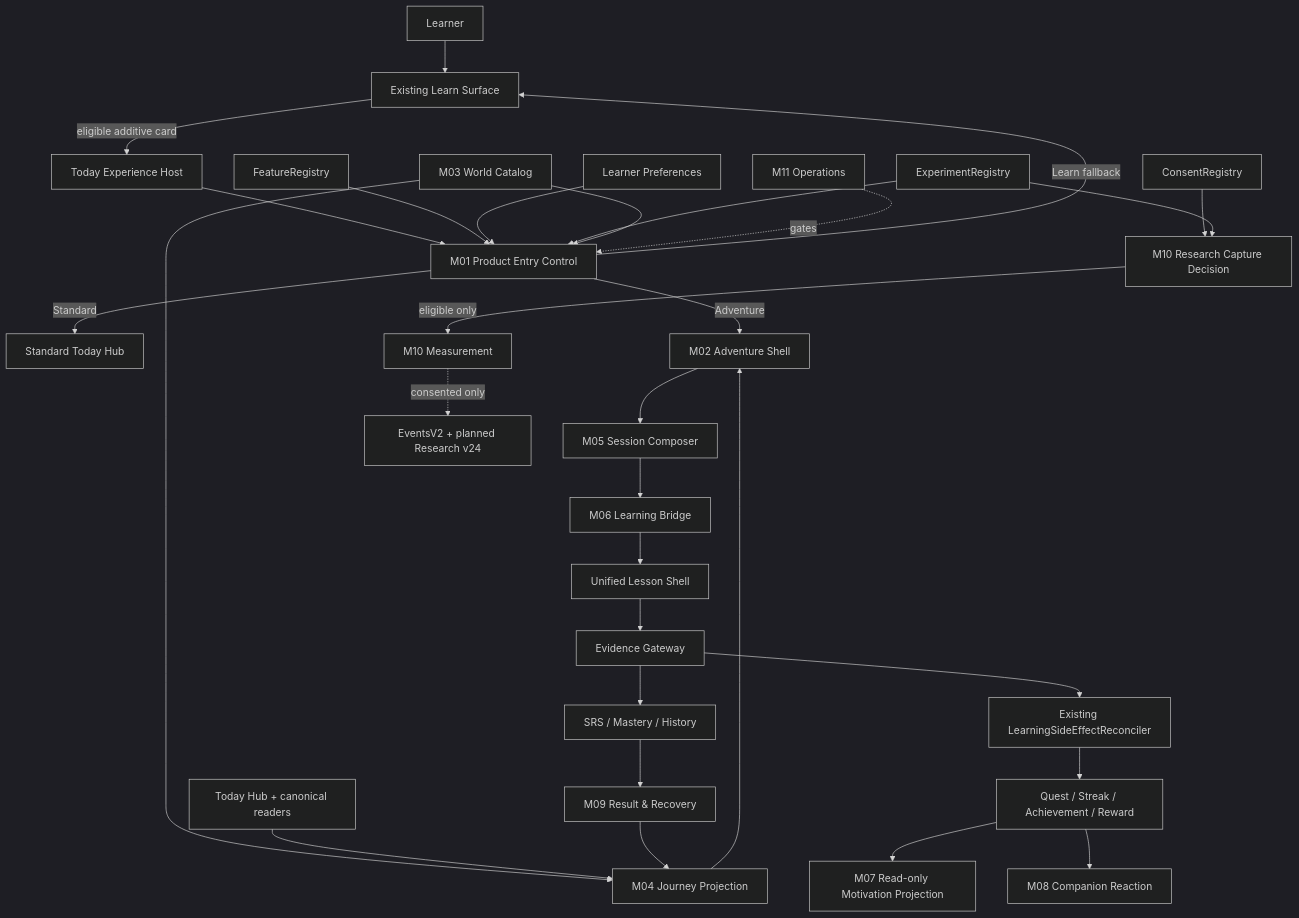
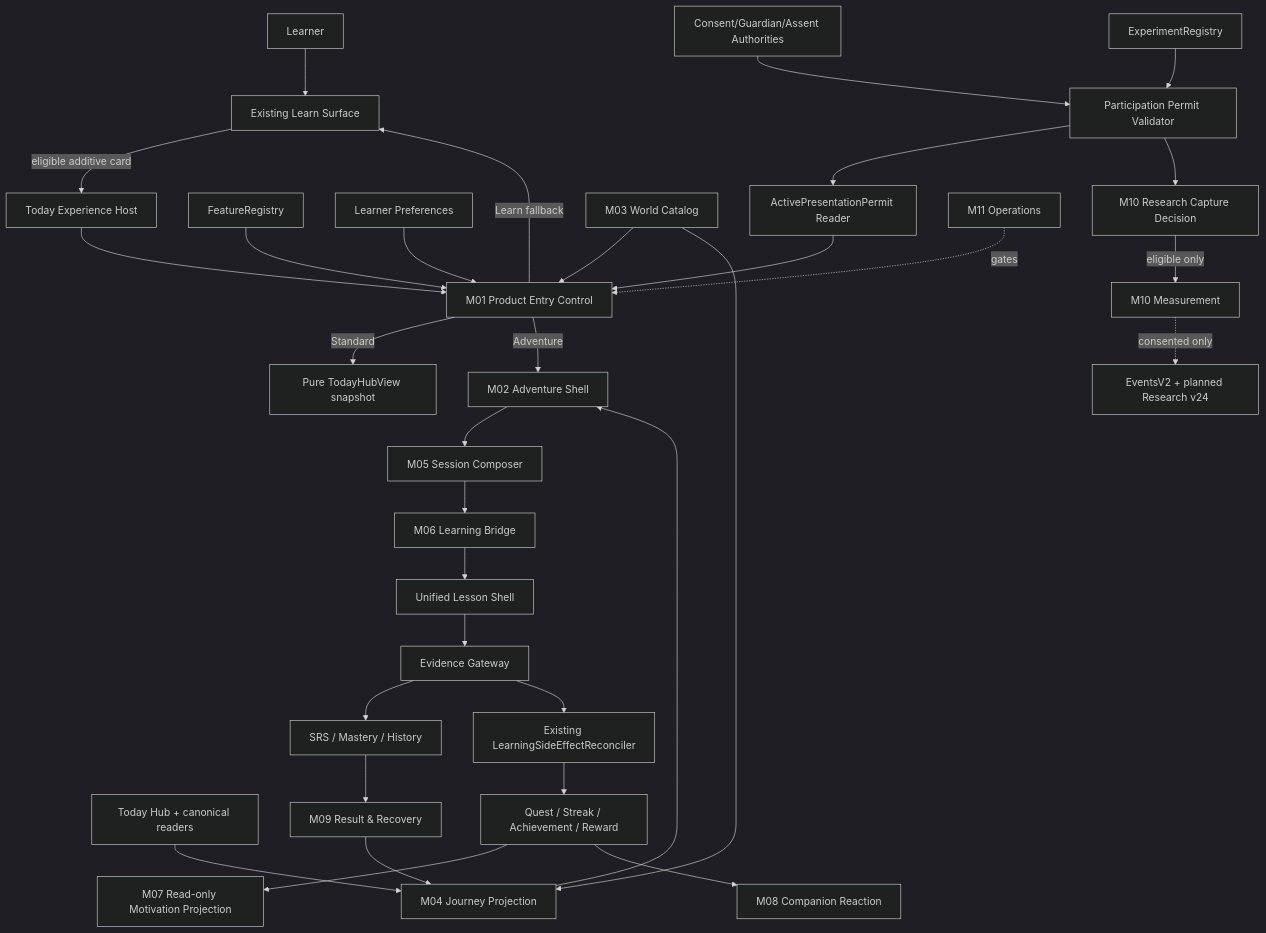
One commit to Phoomxo/LexiQuest changed the first of 4 diagrams in docs/adventure-motivation-mode/03-sds.md. Above: the diagram before and after it, drawn with Mermaid (dark theme). The commit also changed other lines of this file and 14 other files, not shown here.

````diff
--- a/docs/adventure-motivation-mode/03-sds.md
+++ b/docs/adventure-motivation-mode/03-sds.md
@@ -33,32 +33,34 @@
 ```mermaid
 flowchart TD
   USER[Learner] --> LEARN[Existing Learn Surface]
   LEARN -->|eligible additive card| HOST[Today Experience Host]
   HOST --> ENTRY[M01 Product Entry Control]
   FLAGS[FeatureRegistry] --> ENTRY
   PREF[Learner Preferences] --> ENTRY
-  EXP[ExperimentRegistry] --> ENTRY
+  PERMIT[ActivePresentationPermit Reader] --> ENTRY
   CATALOG[M03 World Catalog] --> ENTRY
   ENTRY -->|Learn fallback| LEARN
-  ENTRY -->|Standard| TODAY[Standard Today Hub]
+  ENTRY -->|Standard| TODAY[Pure TodayHubView snapshot]
   ENTRY -->|Adventure| SHELL[M02 Adventure Shell]
   CATALOG --> PROJ[M04 Journey Projection]
   TODAYREAD[Today Hub + canonical readers] --> PROJ
   PROJ --> SHELL
   SHELL --> COMPOSE[M05 Session Composer]
   COMPOSE --> BRIDGE[M06 Learning Bridge]
   BRIDGE --> LESSON[Unified Lesson Shell]
   LESSON --> EVIDENCE[Evidence Gateway]
   EVIDENCE --> CANON[SRS / Mastery / History]
   EVIDENCE --> RECON[Existing LearningSideEffectReconciler]
   RECON --> EXISTING[Quest / Streak / Achievement / Reward]
   EXISTING --> MOTIVE[M07 Read-only Motivation Projection]
   CANON --> RESULT[M09 Result & Recovery]
   EXISTING --> REACT[M08 Companion Reaction]
   RESULT --> PROJ
-  CONSENT[ConsentRegistry] --> CAPTURE[M10 Research Capture Decision]
-  EXP --> CAPTURE
+  CONSENT[Consent/Guardian/Assent Authorities] --> VALIDATE[Participation Permit Validator]
+  EXP[ExperimentRegistry] --> VALIDATE
+  VALIDATE --> PERMIT
+  VALIDATE --> CAPTURE[M10 Research Capture Decision]
   CAPTURE -->|eligible only| RESEARCH[M10 Measurement]
   RESEARCH -.consented only.-> EVENTS[EventsV2 + planned Research v24]
   OPS[M11 Operations] -.gates.-> ENTRY
 ```
````
